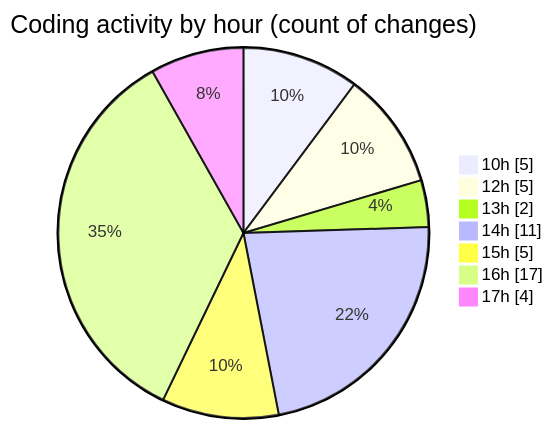
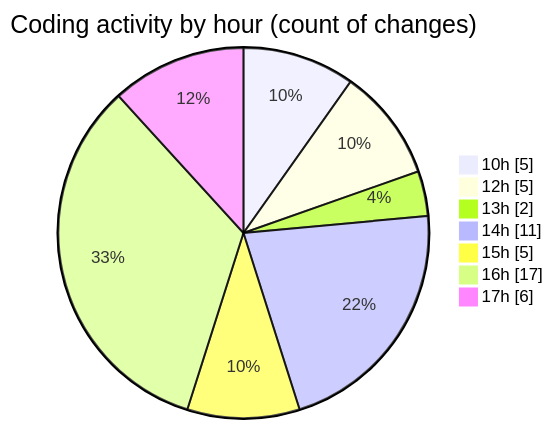
One commit to Ritupan-Deka/code-tracking changed the second of 2 diagrams in 2025-07-07/urlwebwala_intership_work/README.md. Above: the diagram before and after it, drawn with Mermaid. The commit also changed other lines of this file and 1 other file, not shown here.

````diff
--- a/2025-07-07/urlwebwala_intership_work/README.md
+++ b/2025-07-07/urlwebwala_intership_work/README.md
@@ -30,11 +30,11 @@
 ```mermaid
 pie showData
 title Coding activity by hour (count of changes)
 "10h" : 5
 "12h" : 5
 "13h" : 2
 "14h" : 11
 "15h" : 5
 "16h" : 17
-"17h" : 4
+"17h" : 6
 ```
````
